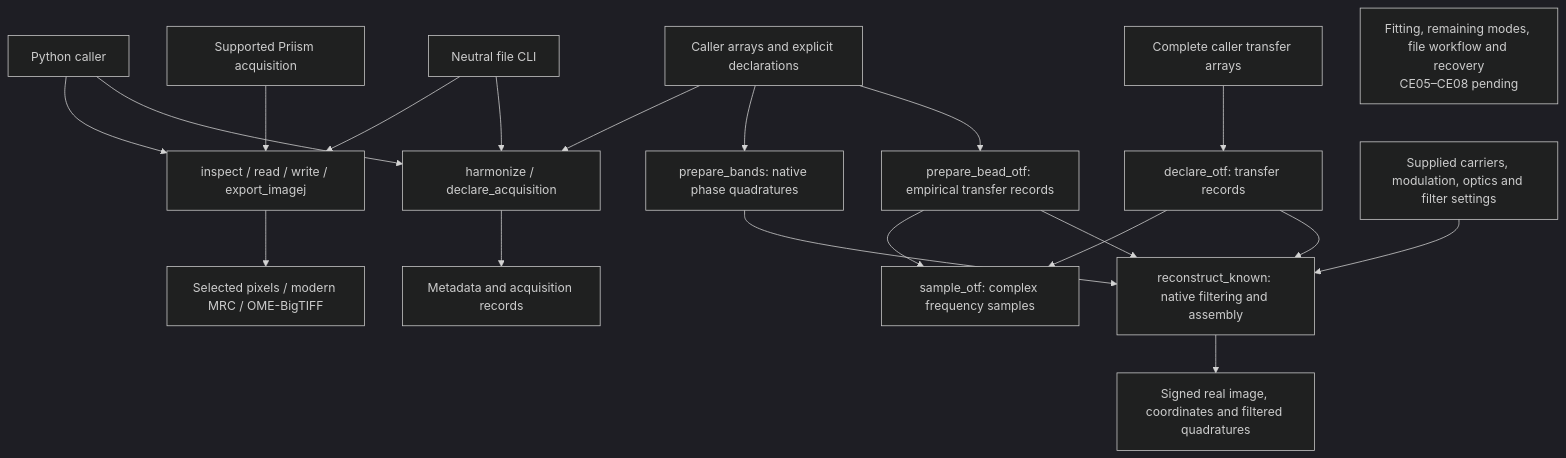
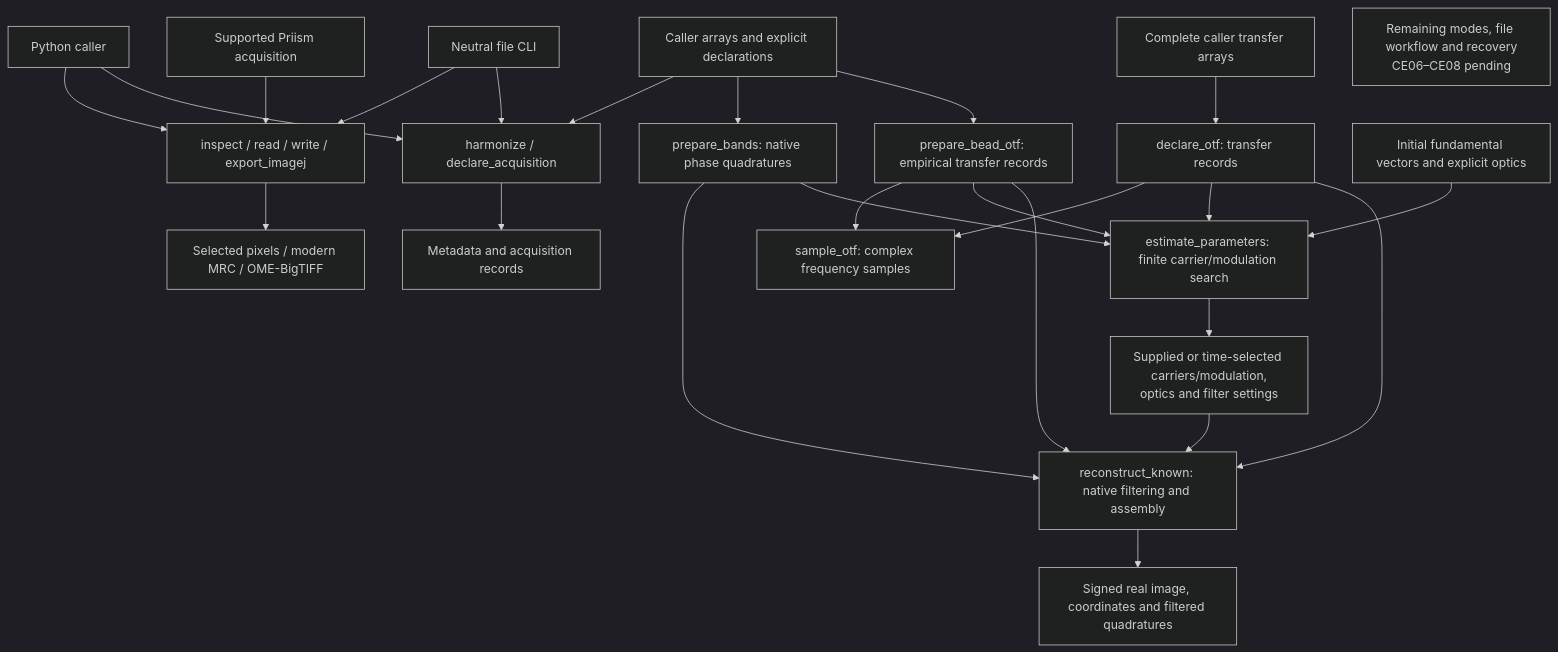
One commit to david-hoffman/simrecon changed the diagram in README.md. Above: the diagram before and after it, drawn with Mermaid (dark theme). The commit also changed other lines of this file and 24 other files, not shown here.

First line of the commit message:
Estimate illumination carriers and modulation from prepared bands (#75)

````diff
--- a/README.md
+++ b/README.md
@@ -42,22 +46,27 @@
 ```mermaid
 flowchart TD
     Python["Python caller"] --> Files["inspect / read / write / export_imagej"]
     Python --> Metadata["harmonize / declare_acquisition"]
     CLI["Neutral file CLI"] --> Files
     CLI --> Metadata
     Source["Supported Priism acquisition"] --> Files
     Arrays["Caller arrays and explicit declarations"] --> Metadata
     Files --> Output["Selected pixels / modern MRC / OME-BigTIFF"]
     Metadata --> Records["Metadata and acquisition records"]
     Arrays --> Bands["prepare_bands: native phase quadratures"]
     Arrays --> Bead["prepare_bead_otf: empirical transfer records"]
     Tables["Complete caller transfer arrays"] --> Declared["declare_otf: transfer records"]
     Bead --> Sampling["sample_otf: complex frequency samples"]
     Declared --> Sampling
     Bands --> Known["reconstruct_known: native filtering and assembly"]
+    Bands --> Estimate["estimate_parameters: finite carrier/modulation search"]
+    Bead --> Estimate
+    Declared --> Estimate
+    Guesses["Initial fundamental vectors and explicit optics"] --> Estimate
+    Estimate --> Parameters
     Bead --> Known
     Declared --> Known
-    Parameters["Supplied carriers, modulation, optics and filter settings"] --> Known
+    Parameters["Supplied or time-selected carriers/modulation,<br/>optics and filter settings"] --> Known
     Known --> Image["Signed real image, coordinates and filtered quadratures"]
-    Future["Fitting, remaining modes, file workflow and recovery<br/>CE05–CE08 pending"]
+    Future["Remaining modes, file workflow and recovery<br/>CE06–CE08 pending"]
 ```
````
